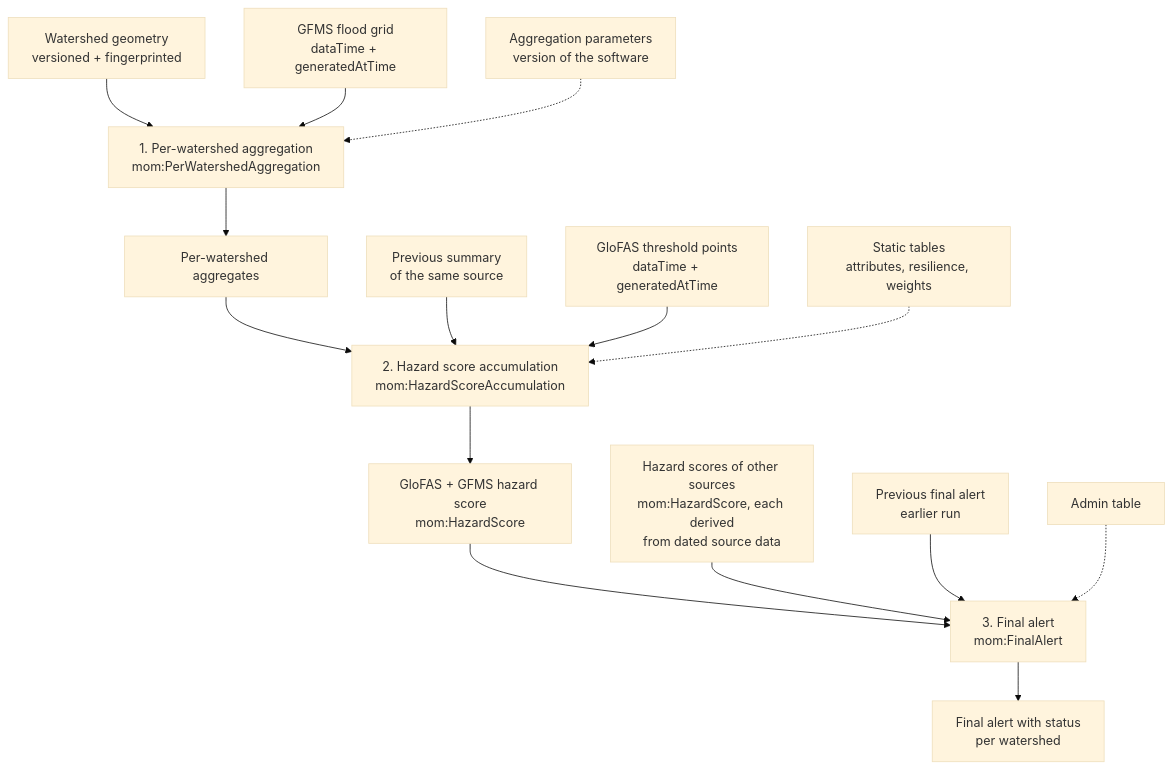
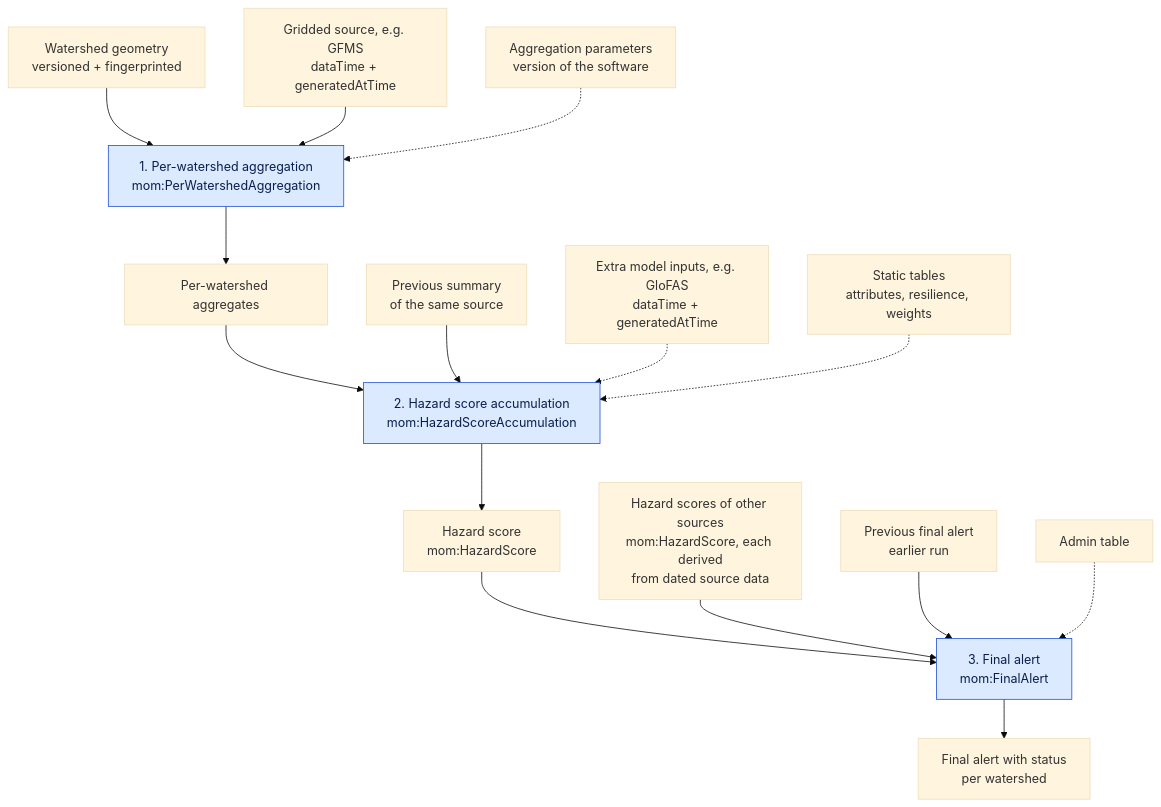
The first of 2 diagrams in docs/d001-rss-hydro-contribution.md (KatKatKateryna/ospd2026_bblocks-template), drawn with Mermaid (base theme) before and after one commit. The commit also changed other lines of this file, not shown here.

Commit message:
D001: source-neutral activity types; example records note; colored activities

````diff
--- a/docs/d001-rss-hydro-contribution.md
+++ b/docs/d001-rss-hydro-contribution.md
@@ -95,17 +96,19 @@
 ```mermaid
 flowchart TD
   WS["Watershed geometry<br/>versioned + fingerprinted"] --> AGG
-  GFMS["GFMS flood grid<br/>dataTime + generatedAtTime"] --> AGG
+  SRC["Gridded source, e.g. GFMS<br/>dataTime + generatedAtTime"] --> AGG
   PAR["Aggregation parameters<br/>version of the software"] -.-> AGG
   AGG["1. Per-watershed aggregation<br/>mom:PerWatershedAggregation"] --> AGR["Per-watershed aggregates"]
   AGR --> HZ
   PREV["Previous summary<br/>of the same source"] --> HZ
-  GLO["GloFAS threshold points<br/>dataTime + generatedAtTime"] --> HZ
+  EXT["Extra model inputs, e.g. GloFAS<br/>dataTime + generatedAtTime"] -.-> HZ
   TBL["Static tables<br/>attributes, resilience, weights"] -.-> HZ
-  HZ["2. Hazard score accumulation<br/>mom:HazardScoreAccumulation"] --> SC["GloFAS + GFMS hazard score<br/>mom:HazardScore"]
+  HZ["2. Hazard score accumulation<br/>mom:HazardScoreAccumulation"] --> SC["Hazard score<br/>mom:HazardScore"]
   SC --> FA
   OTH["Hazard scores of other sources<br/>mom:HazardScore, each derived<br/>from dated source data"] --> FA
   PFA["Previous final alert<br/>earlier run"] --> FA
   ADM["Admin table"] -.-> FA
   FA["3. Final alert<br/>mom:FinalAlert"] --> OUT["Final alert with status<br/>per watershed"]
+  classDef activity fill:#dbeafe,stroke:#1d4ed8,color:#0b1f4d
+  class AGG,HZ,FA activity
 ```
````
